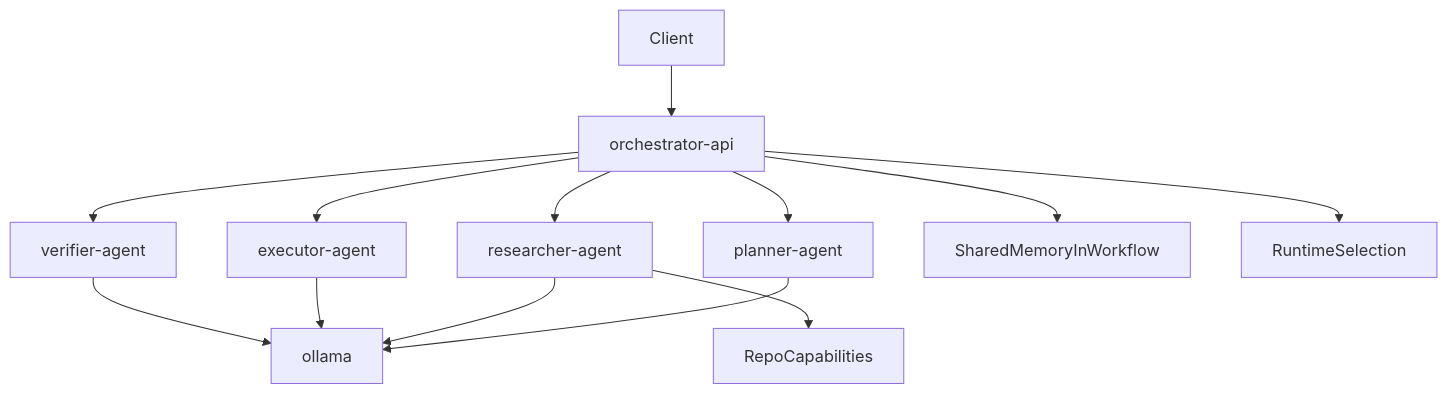
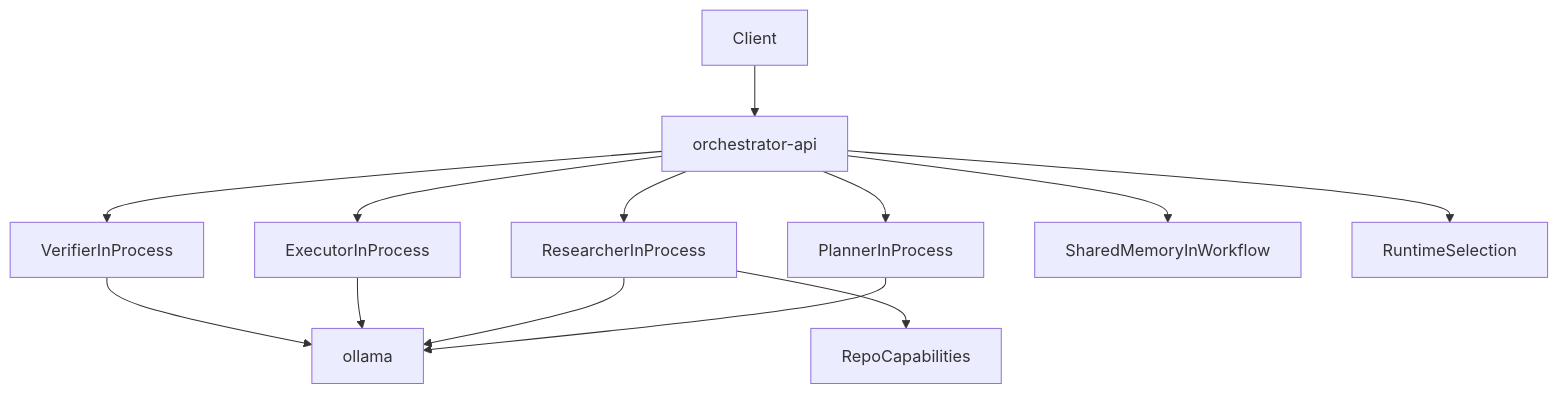
Before and after one commit to AdWav/orchestrateur: the diagram in docs/architecture.md, drawn with Mermaid. The commit also changed other lines of this file and 49 other files, not shown here.

````diff
--- a/docs/architecture.md
+++ b/docs/architecture.md
@@ -30,15 +29,15 @@
 ```mermaid
 flowchart TD
     client[Client] --> orchestrator[orchestrator-api]
-    orchestrator --> planner[planner-agent]
-    orchestrator --> researcher[researcher-agent]
-    orchestrator --> executor[executor-agent]
-    orchestrator --> verifier[verifier-agent]
+    orchestrator --> planner[PlannerInProcess]
+    orchestrator --> researcher[ResearcherInProcess]
+    orchestrator --> executor[ExecutorInProcess]
+    orchestrator --> verifier[VerifierInProcess]
     planner --> ollama[ollama]
     researcher --> ollama
     executor --> ollama
     verifier --> ollama
     researcher --> repoCapabilities[RepoCapabilities]
     orchestrator --> memory[SharedMemoryInWorkflow]
     orchestrator --> runtime[RuntimeSelection]
 ```
````
